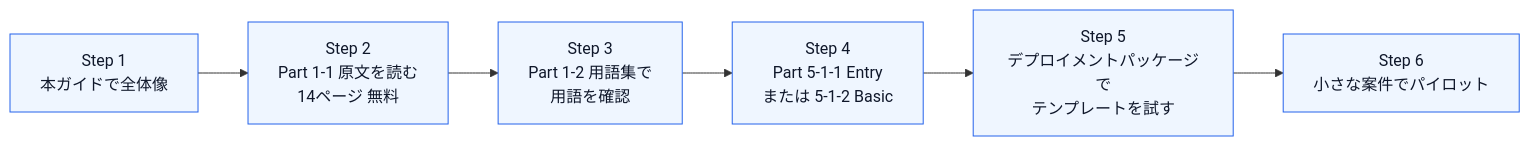
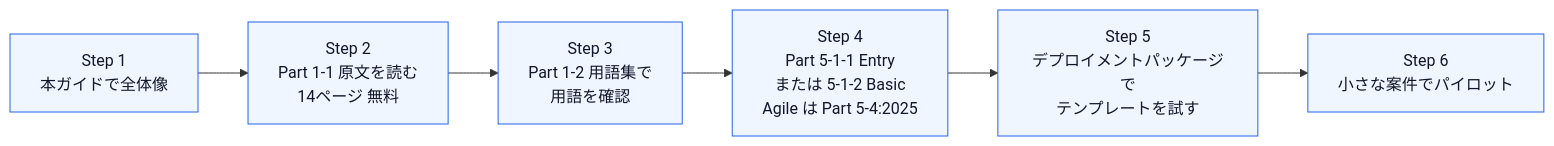
Before and after one commit to myoshi2891/Quality-Assurance-Studies: diagram 12 of 12 in Iso-iec-29110-1-1-2024-guide.md, drawn with Mermaid. The commit also changed other lines of this file, not shown here.

````diff
--- a/Iso-iec-29110-1-1-2024-guide.md
+++ b/Iso-iec-29110-1-1-2024-guide.md
@@ -766,10 +767,10 @@
 ```mermaid
 flowchart LR
     LR1["Step 1<br/>本ガイドで全体像"] --> LR2["Step 2<br/>Part 1-1 原文を読む<br/>14ページ 無料"]
     LR2 --> LR3["Step 3<br/>Part 1-2 用語集で<br/>用語を確認"]
-    LR3 --> LR4["Step 4<br/>Part 5-1-1 Entry<br/>または 5-1-2 Basic"]
+    LR3 --> LR4["Step 4<br/>Part 5-1-1 Entry<br/>または 5-1-2 Basic<br/>Agile は Part 5-4:2025"]
     LR4 --> LR5["Step 5<br/>デプロイメントパッケージで<br/>テンプレートを試す"]
     LR5 --> LR6["Step 6<br/>小さな案件でパイロット"]
     classDef n fill:#eff6ff,stroke:#2563eb,color:#0f172a
     class LR1,LR2,LR3,LR4,LR5,LR6 n
 ```
````
